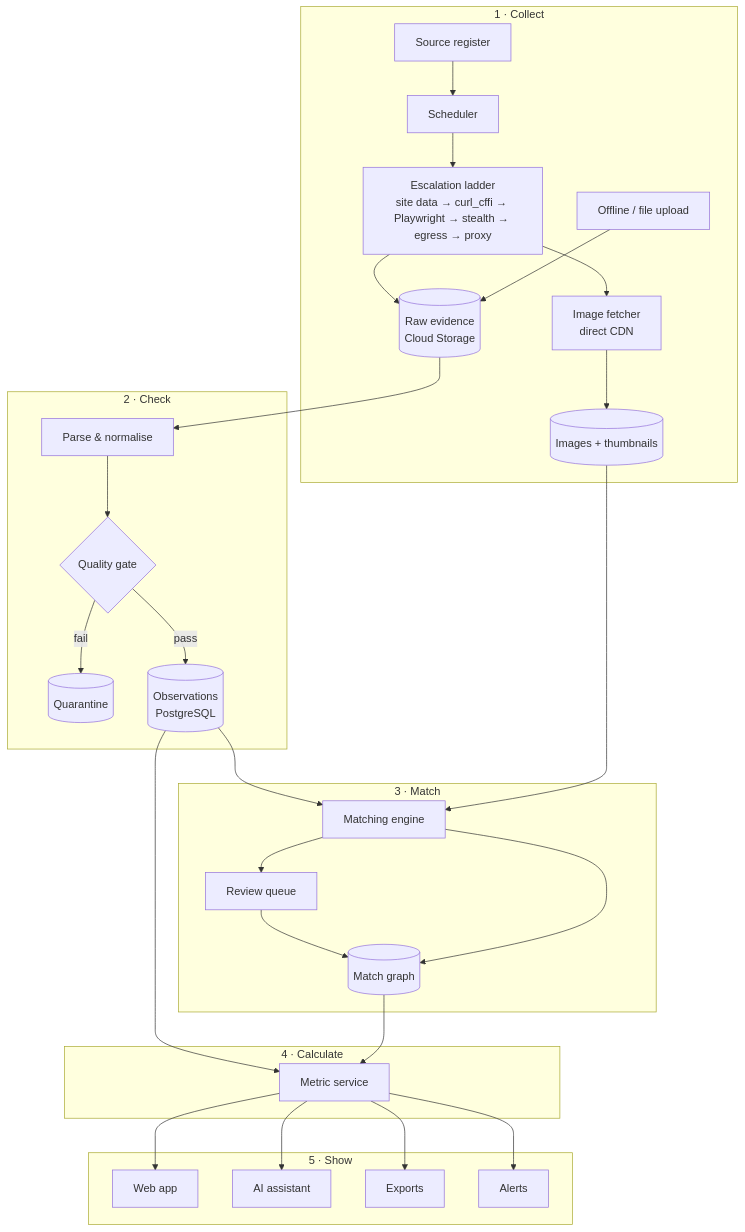
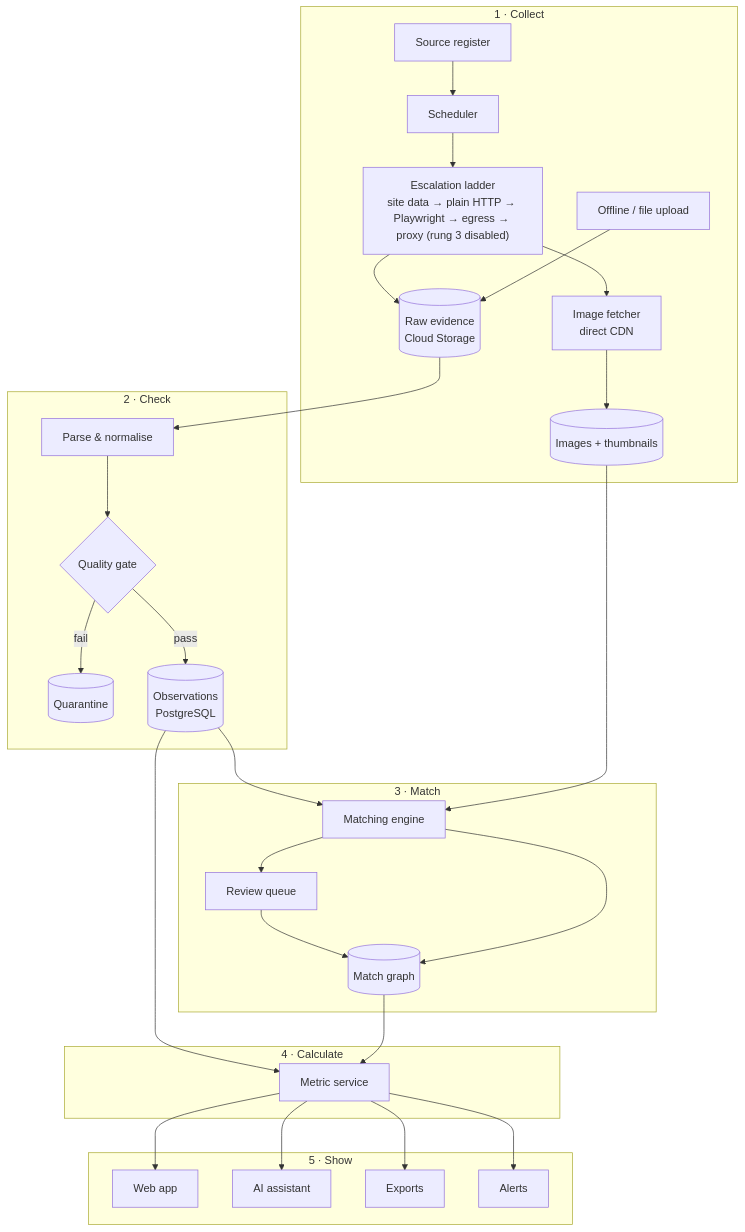
Before and after one commit to muttonkodibiriyani/product_intelligence: the diagram in docs/blueprint.md, drawn with Mermaid. The commit also changed other lines of this file and 2 other files, not shown here.

First line of the commit message:
docs(adr): ADR-0006 ladder access rulings; amend ADR-0003 and blueprint §6.3 (#8)

````diff
--- a/docs/blueprint.md
+++ b/docs/blueprint.md
@@ -89,33 +89,33 @@
 ```mermaid
 flowchart TB
   subgraph S1[1 · Collect]
     REG[Source register] --> SCH[Scheduler]
-    SCH --> LAD[Escalation ladder<br/>site data → curl_cffi → Playwright → stealth → egress → proxy]
+    SCH --> LAD["Escalation ladder<br/>site data → plain HTTP → Playwright → egress → proxy (rung 3 disabled)"]
     LAD --> RAW[(Raw evidence<br/>Cloud Storage)]
     LAD --> IMG[Image fetcher<br/>direct CDN]
     IMG --> IMGS[(Images + thumbnails)]
     UP[Offline / file upload] --> RAW
   end
   subgraph S2[2 · Check]
     RAW --> PARSE[Parse & normalise]
     PARSE --> DQ{Quality gate}
     DQ -- fail --> Q[(Quarantine)]
     DQ -- pass --> FACTS[(Observations<br/>PostgreSQL)]
   end
   subgraph S3[3 · Match]
     FACTS --> M[Matching engine]
     IMGS --> M
     M --> RQ[Review queue]
     RQ --> MG[(Match graph)]
     M --> MG
   end
   subgraph S4[4 · Calculate]
     FACTS & MG --> MET[Metric service]
   end
   subgraph S5[5 · Show]
     MET --> WEB[Web app]
     MET --> AI[AI assistant]
     MET --> FEED[Exports]
     MET --> AL[Alerts]
   end
 ```
````
